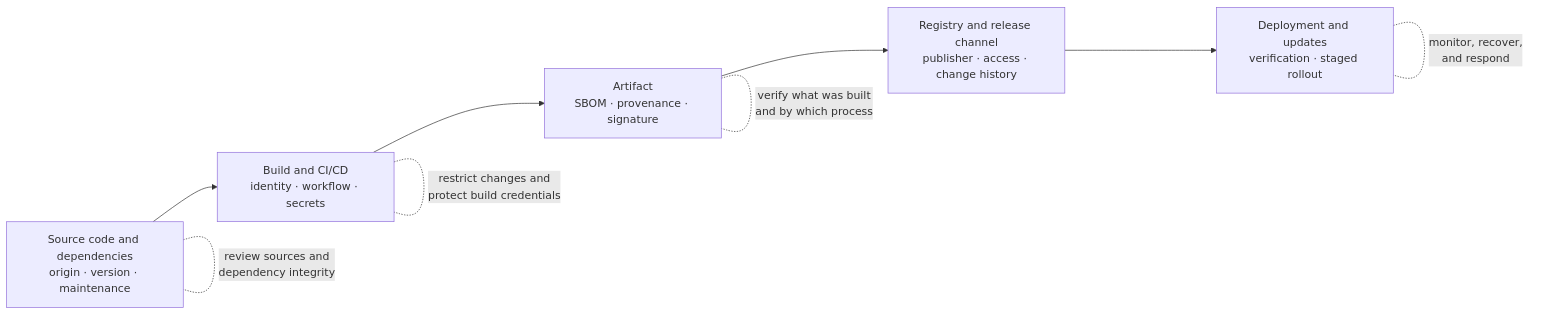
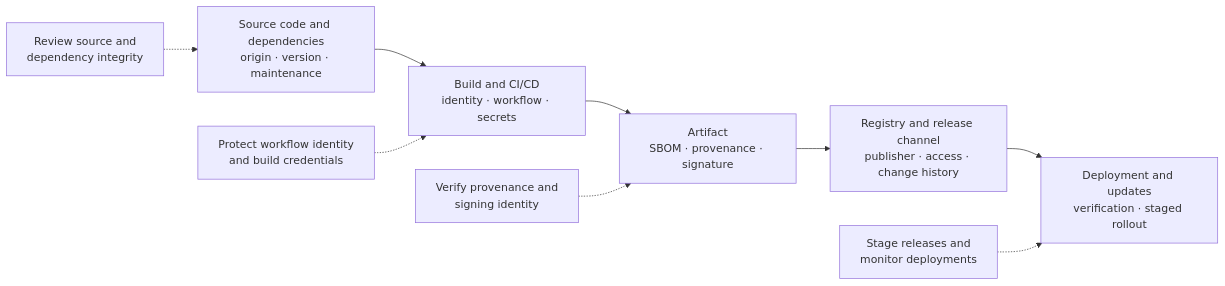
One commit to Pnwcomputers/ULTIMATE-CYBERSECURITY-MASTER-GUIDE changed the diagram in WebAppSecurity/owasp-top-10.md. Above: the diagram before and after it, drawn with Mermaid.

Commit message:
Refine supply chain review diagram

````diff
--- a/WebAppSecurity/owasp-top-10.md
+++ b/WebAppSecurity/owasp-top-10.md
@@ -120,11 +120,11 @@
 ```mermaid
 flowchart LR
     S[Source code and dependencies<br/>origin · version · maintenance] --> B[Build and CI/CD<br/>identity · workflow · secrets]
     B --> A[Artifact<br/>SBOM · provenance · signature]
     A --> R[Registry and release channel<br/>publisher · access · change history]
     R --> D[Deployment and updates<br/>verification · staged rollout]
-    S -. review sources and<br/>dependency integrity .- S
-    B -. restrict changes and<br/>protect build credentials .- B
-    A -. verify what was built<br/>and by which process .- A
-    D -. monitor, recover,<br/>and respond .- D
+    I1[Review source and<br/>dependency integrity] -.-> S
+    I2[Protect workflow identity<br/>and build credentials] -.-> B
+    I3[Verify provenance and<br/>signing identity] -.-> A
+    I4[Stage releases and<br/>monitor deployments] -.-> D
 ```
````
